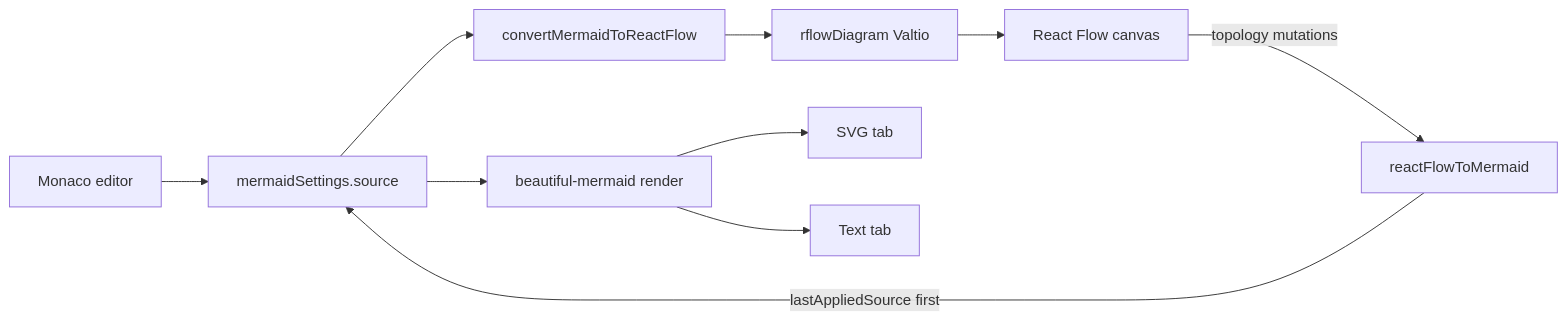
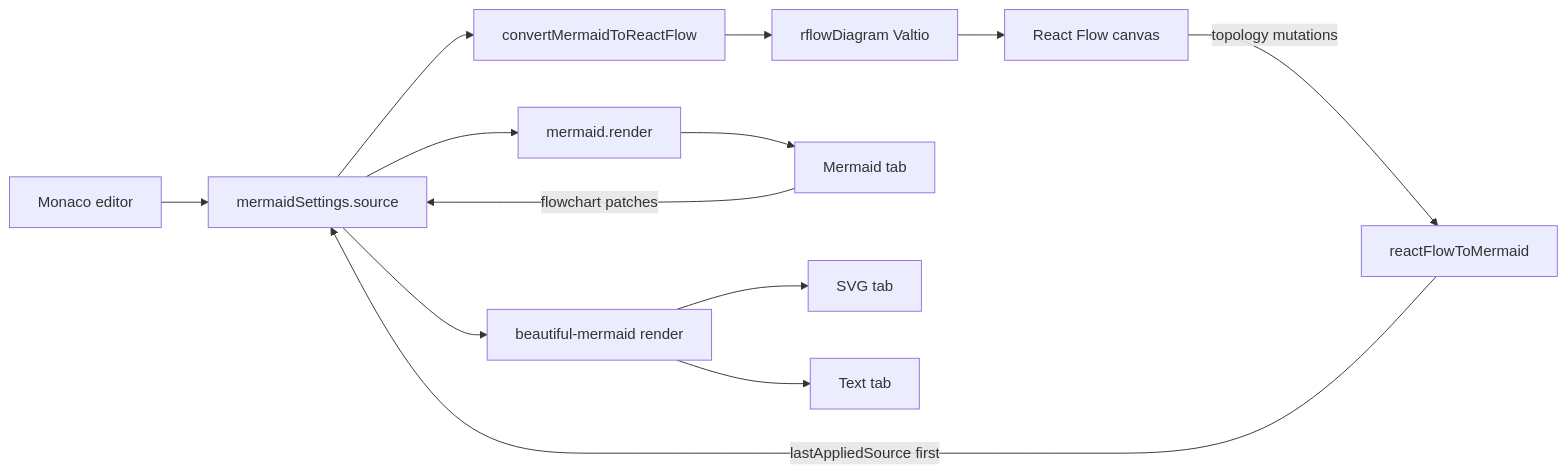
The third of 4 diagrams in README.md (maxzz/mermaid-rflow), drawn with Mermaid before and after one commit. The commit also changed other lines of this file and 26 other files, not shown here.

Commit message:
WIP. new-mermaid-tab. grok-46-xhigh

````diff
--- a/README.md
+++ b/README.md
@@ -59,12 +62,15 @@
 ```mermaid
 flowchart LR
     Monaco[Monaco editor] --> Source["mermaidSettings.source"]
     Source --> Convert[convertMermaidToReactFlow]
     Convert --> FlowStore["rflowDiagram Valtio"]
     FlowStore --> Canvas[React Flow canvas]
     Canvas -->|"topology mutations"| Serialize[reactFlowToMermaid]
     Serialize -->|"lastAppliedSource first"| Source
+    Source --> Official[mermaid.render]
+    Official --> Mmd[Mermaid tab]
+    Mmd -->|"flowchart patches"| Source
     Source --> BmRender["beautiful-mermaid render"]
     BmRender --> Svg[SVG tab]
     BmRender --> Text[Text tab]
 ```
````
